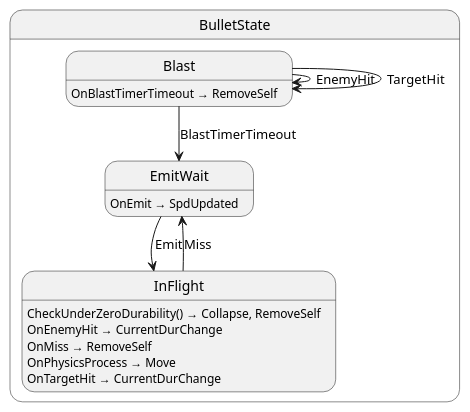
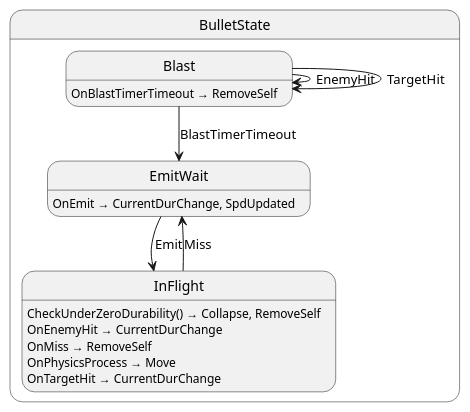
The diagram in src/bullet/abstract/state/BulletLogic.g.puml (Ygoat/EternalJourney), drawn with PlantUML before and after one commit. The commit also changed 55 other files, not shown here.

```diff
--- a/src/bullet/abstract/state/BulletLogic.g.puml
+++ b/src/bullet/abstract/state/BulletLogic.g.puml
@@ -1,21 +1,21 @@
 @startuml BulletState
 state "BulletState" as EternalJourney_Bullet_Abstract_State_BulletState {
   state "Blast" as EternalJourney_Bullet_Abstract_State_BulletState_Blast
   state "EmitWait" as EternalJourney_Bullet_Abstract_State_BulletState_EmitWait
   state "InFlight" as EternalJourney_Bullet_Abstract_State_BulletState_InFlight
 }
 
 EternalJourney_Bullet_Abstract_State_BulletState_Blast --> EternalJourney_Bullet_Abstract_State_BulletState_Blast : EnemyHit
 EternalJourney_Bullet_Abstract_State_BulletState_Blast --> EternalJourney_Bullet_Abstract_State_BulletState_Blast : TargetHit
 EternalJourney_Bullet_Abstract_State_BulletState_Blast --> EternalJourney_Bullet_Abstract_State_BulletState_EmitWait : BlastTimerTimeout
 EternalJourney_Bullet_Abstract_State_BulletState_EmitWait --> EternalJourney_Bullet_Abstract_State_BulletState_InFlight : Emit
 EternalJourney_Bullet_Abstract_State_BulletState_InFlight --> EternalJourney_Bullet_Abstract_State_BulletState_EmitWait : Miss
 
 EternalJourney_Bullet_Abstract_State_BulletState_Blast : OnBlastTimerTimeout → RemoveSelf
-EternalJourney_Bullet_Abstract_State_BulletState_EmitWait : OnEmit → SpdUpdated
+EternalJourney_Bullet_Abstract_State_BulletState_EmitWait : OnEmit → CurrentDurChange, SpdUpdated
 EternalJourney_Bullet_Abstract_State_BulletState_InFlight : CheckUnderZeroDurability() → Collapse, RemoveSelf
 EternalJourney_Bullet_Abstract_State_BulletState_InFlight : OnEnemyHit → CurrentDurChange
 EternalJourney_Bullet_Abstract_State_BulletState_InFlight : OnMiss → RemoveSelf
 EternalJourney_Bullet_Abstract_State_BulletState_InFlight : OnPhysicsProcess → Move
 EternalJourney_Bullet_Abstract_State_BulletState_InFlight : OnTargetHit → CurrentDurChange
 @enduml
```
